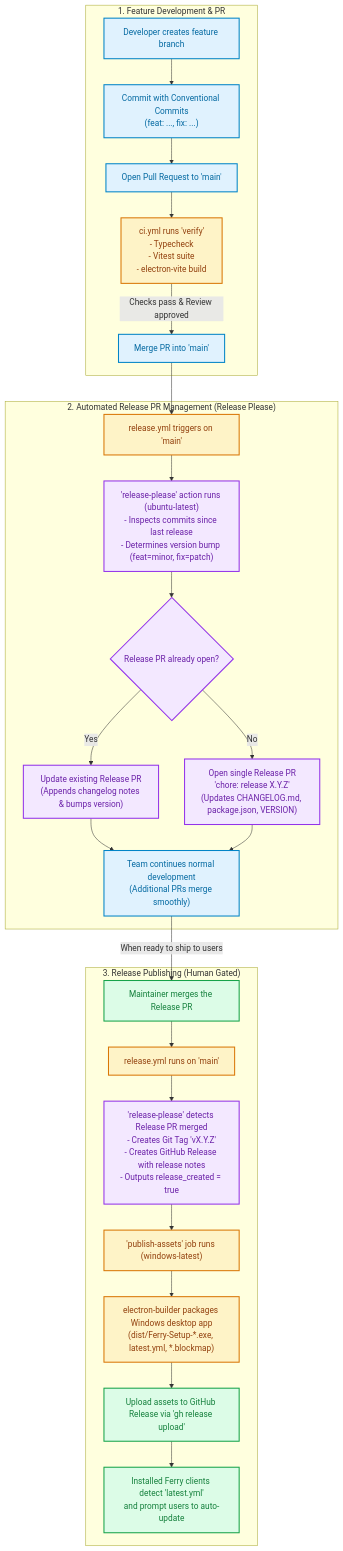
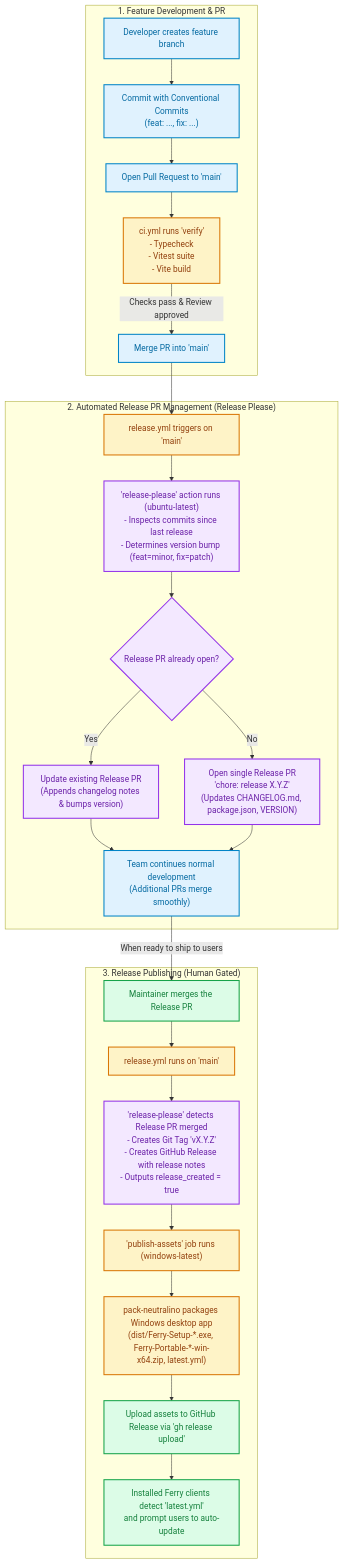
The diagram in docs/ci-cd-release-workflow.md (ThienNg65/ferry), drawn with Mermaid before and after one commit. The commit also changed other lines of this file and 29 other files, not shown here.

````diff
--- a/docs/ci-cd-release-workflow.md
+++ b/docs/ci-cd-release-workflow.md
@@ -21,34 +21,34 @@
 ```mermaid
 flowchart TD
     classDef dev fill:#e0f2fe,stroke:#0284c7,stroke-width:2px,color:#0369a1;
     classDef ci fill:#fef3c7,stroke:#d97706,stroke-width:2px,color:#92400e;
     classDef bot fill:#f3e8ff,stroke:#9333ea,stroke-width:2px,color:#6b21a8;
     classDef release fill:#dcfce7,stroke:#16a34a,stroke-width:2px,color:#15803d;
 
     subgraph Phase1["1. Feature Development & PR"]
         A["Developer creates feature branch"]:::dev --> B["Commit with Conventional Commits\n(feat: ..., fix: ...)"]:::dev
         B --> C["Open Pull Request to 'main'"]:::dev
-        C --> D["ci.yml runs 'verify'\n- Typecheck\n- Vitest suite\n- electron-vite build"]:::ci
+        C --> D["ci.yml runs 'verify'\n- Typecheck\n- Vitest suite\n- Vite build"]:::ci
         D -->|Checks pass & Review approved| E["Merge PR into 'main'"]:::dev
     end
 
     subgraph Phase2["2. Automated Release PR Management (Release Please)"]
         E --> F["release.yml triggers on 'main'"]:::ci
         F --> G["'release-please' action runs (ubuntu-latest)\n- Inspects commits since last release\n- Determines version bump (feat=minor, fix=patch)"]:::bot
         G --> H{"Release PR already open?"}:::bot
         H -->|Yes| I["Update existing Release PR\n(Appends changelog notes & bumps version)"]:::bot
         H -->|No| J["Open single Release PR\n'chore: release X.Y.Z'\n(Updates CHANGELOG.md, package.json, VERSION)"]:::bot
         I --> K["Team continues normal development\n(Additional PRs merge smoothly)"]:::dev
         J --> K
     end
 
     subgraph Phase3["3. Release Publishing (Human Gated)"]
         K -->|When ready to ship to users| L["Maintainer merges the Release PR"]:::release
         L --> M["release.yml runs on 'main'"]:::ci
         M --> N["'release-please' detects Release PR merged\n- Creates Git Tag 'vX.Y.Z'\n- Creates GitHub Release with release notes\n- Outputs release_created = true"]:::bot
         N --> O["'publish-assets' job runs (windows-latest)"]:::ci
-        O --> P["electron-builder packages Windows desktop app\n(dist/Ferry-Setup-*.exe, latest.yml, *.blockmap)"]:::ci
+        O --> P["pack-neutralino packages Windows desktop app\n(dist/Ferry-Setup-*.exe, Ferry-Portable-*-win-x64.zip, latest.yml)"]:::ci
         P --> Q["Upload assets to GitHub Release via 'gh release upload'"]:::release
         Q --> R["Installed Ferry clients detect 'latest.yml'\nand prompt users to auto-update"]:::release
     end
 ```
````
